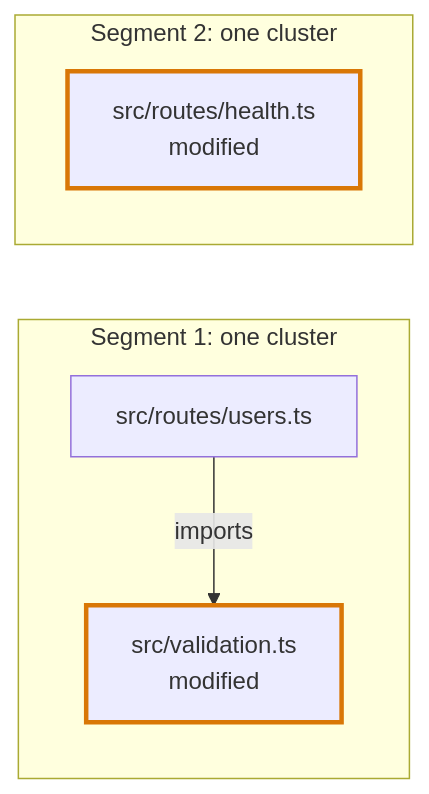
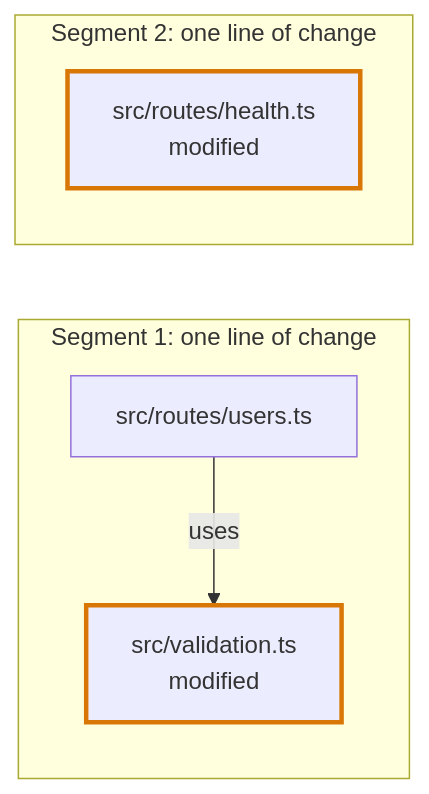
Before and after one commit to kidlat-dakila/flight-plan: the second of 2 diagrams in docs/vocabulary/codegraph.md, drawn with Mermaid. The commit also changed other lines of this file and 400 other files, not shown here.

````diff
--- a/docs/vocabulary/codegraph.md
+++ b/docs/vocabulary/codegraph.md
@@ -110,10 +119,10 @@
 ```mermaid
 flowchart LR
-  subgraph one["Segment 1: one cluster"]
-    users["src/routes/users.ts"] -->|imports| validation["src/validation.ts<br/>modified"]:::changed
+  subgraph one["Segment 1: one line of change"]
+    users["src/routes/users.ts"] -->|uses| validation["src/validation.ts<br/>modified"]:::changed
   end
-  subgraph two["Segment 2: one cluster"]
+  subgraph two["Segment 2: one line of change"]
     health["src/routes/health.ts<br/>modified"]:::changed
   end
   classDef changed stroke:#d97706,stroke-width:3px
 ```
````
